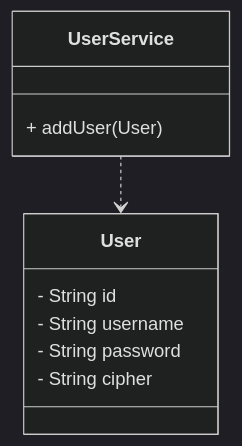
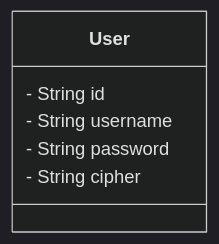
The second of 2 diagrams in geom-service/geom-service-admin/src/main/java/io/github/xezzon/geom/user/README.md (xezzon/zeroweb-spring), drawn with Mermaid (dark theme) before and after one commit. The commit also changed other lines of this file and 5 other files, not shown here.

````diff
--- a/geom-service/geom-service-admin/src/main/java/io/github/xezzon/geom/user/README.md
+++ b/geom-service/geom-service-admin/src/main/java/io/github/xezzon/geom/user/README.md
@@ -13,13 +22,9 @@
 ```mermaid
 classDiagram
-    class User {
-        - String id
-        - String username
-        - String password
-        - String cipher
-    }
-    class UserService {
-        + addUser(User)
-    }
-    UserService ..> User
+  class User {
+    - String id
+    - String username
+    - String password
+    - String cipher
+  }
 ```
````
